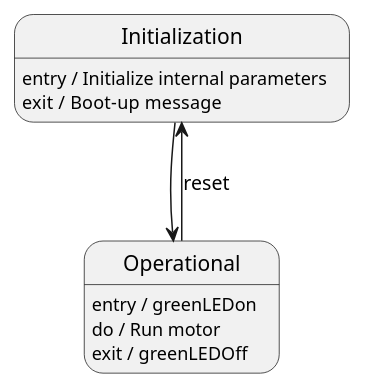
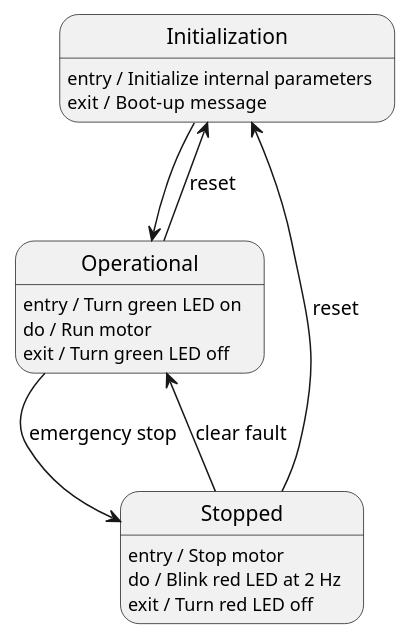
The diagram in Projects/Project_3/docs/diagrams/src/sate.wsd (ManiGautason/T-738-EMBE), drawn with PlantUML before and after one commit. The commit also changed 1 other file, not shown here.

Commit message:
state diagram for part 2
Updated UML state diagram to represent part 2

```diff
--- a/Projects/Project_3/docs/diagrams/src/sate.wsd
+++ b/Projects/Project_3/docs/diagrams/src/sate.wsd
@@ -1,20 +1,29 @@
 @startuml state_diagram
 
 ' [*] -->  Initialization : Init
 
 state Initialization {
     Initialization: entry / Initialize internal parameters
     ' Initialization: do
     Initialization: exit /  Boot-up message
 }
 
 Initialization --> Operational
 
 state Operational {
-    Operational: entry / greenLEDon
+    Operational: entry / Turn green LED on
     Operational: do / Run motor
-    Operational: exit / greenLEDOff
+    Operational: exit / Turn green LED off
 }
 
+state Stopped {
+    Stopped: entry / Stop motor
+    Stopped: do / Blink red LED at 2 Hz
+    Stopped: exit / Turn red LED off
+}
+
+Operational --> Stopped : emergency stop
+Stopped --> Operational : clear fault
+Stopped --> Initialization : reset
 Operational --> Initialization : reset
 @enduml
```
